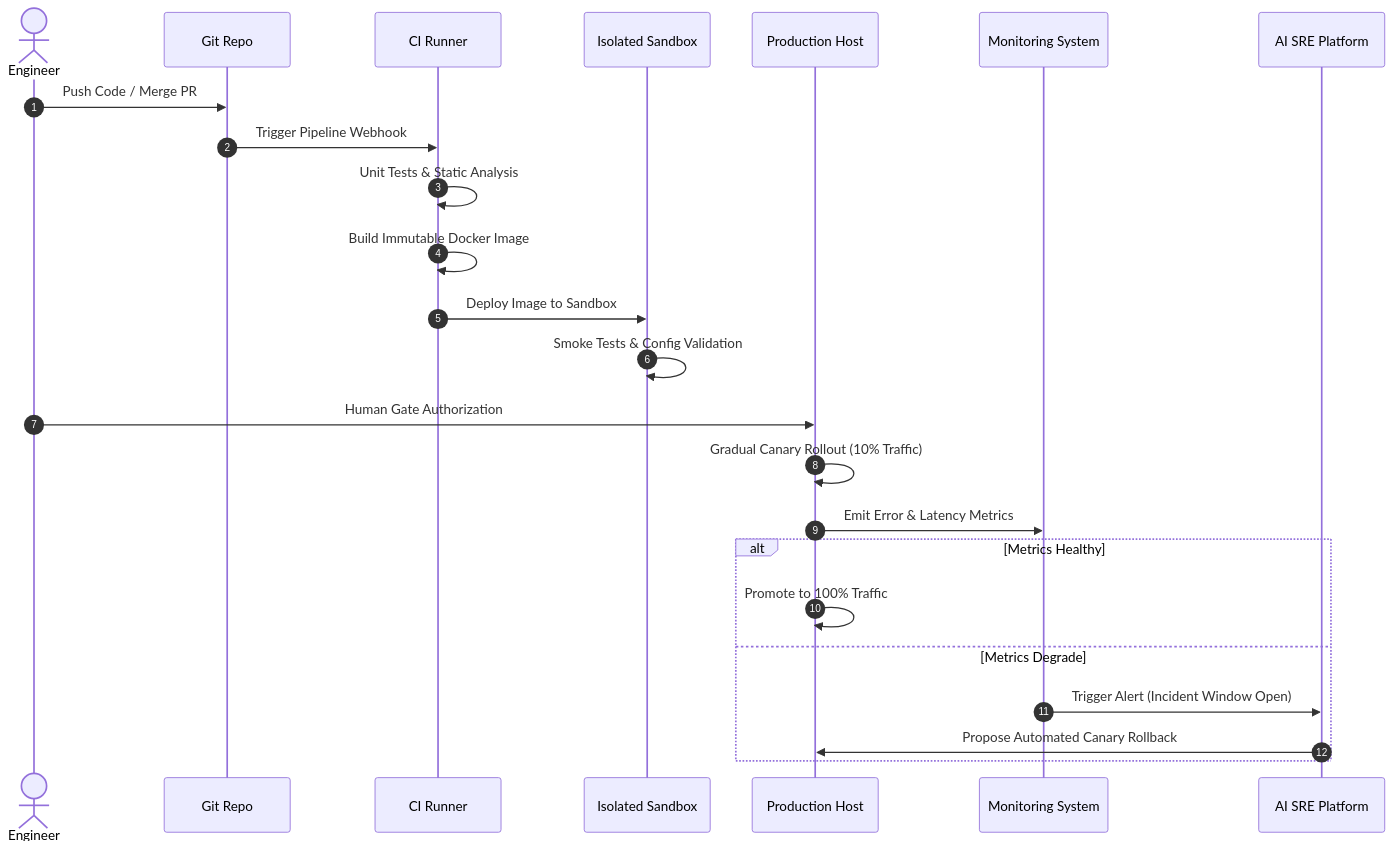
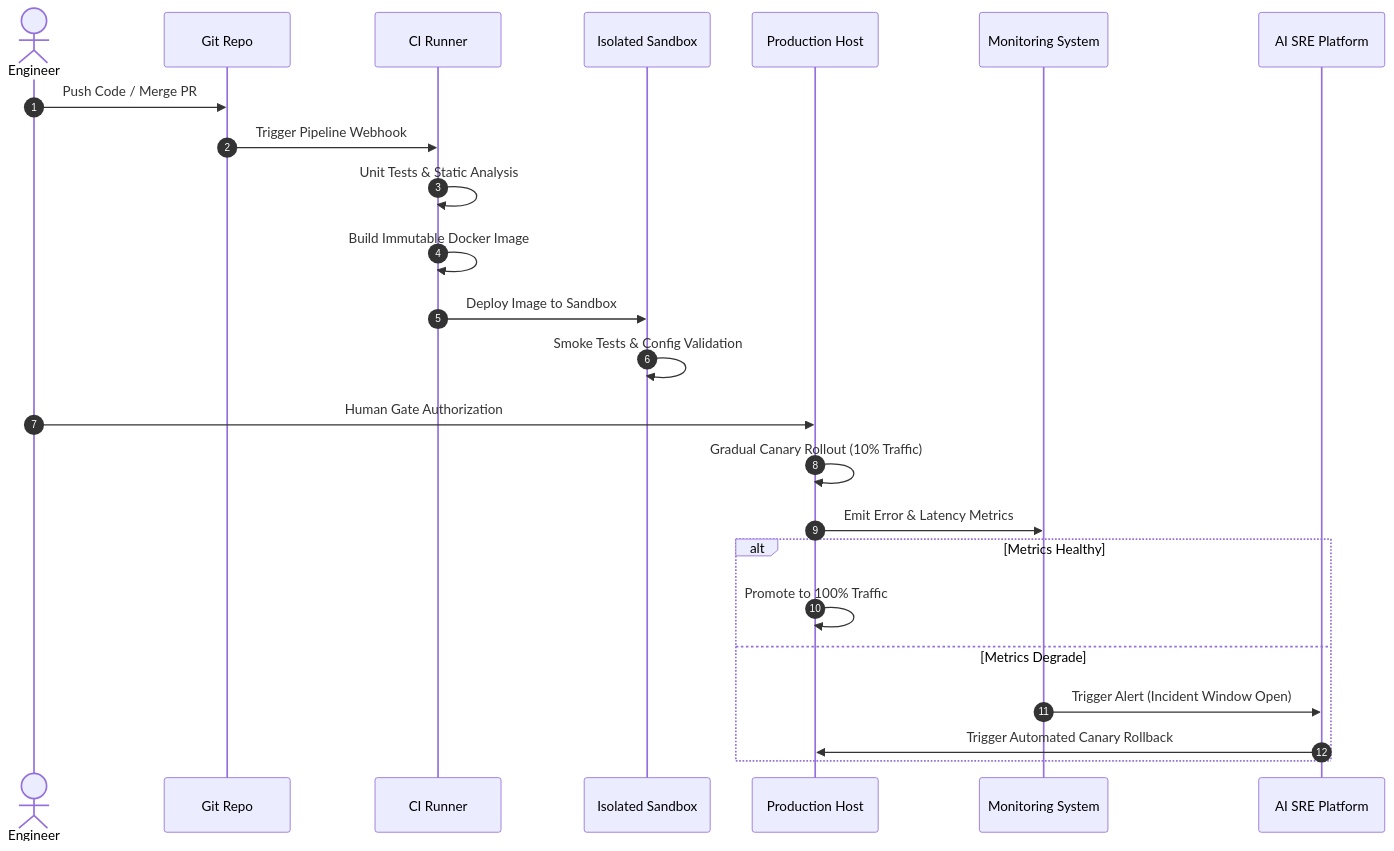
One commit to DiwasDev/AI-SRE changed the fourth of 6 diagrams in artifacts/sre_fundamentals.md. Above: the diagram before and after it, drawn with Mermaid. The commit also changed other lines of this file and 4 other files, not shown here.

````diff
--- a/artifacts/sre_fundamentals.md
+++ b/artifacts/sre_fundamentals.md
@@ -155,27 +155,27 @@
 ```mermaid
 sequenceDiagram
     autonumber
     actor Dev as Engineer
     participant Git as Git Repo
     participant CI as CI Runner
     participant SB as Isolated Sandbox
     participant Prod as Production Host
     participant Mon as Monitoring System
     participant AI as AI SRE Platform
 
     Dev->>Git: Push Code / Merge PR
     Git->>CI: Trigger Pipeline Webhook
     CI->>CI: Unit Tests & Static Analysis
     CI->>CI: Build Immutable Docker Image
     CI->>SB: Deploy Image to Sandbox
     SB->>SB: Smoke Tests & Config Validation
     Dev->>Prod: Human Gate Authorization
     Prod->>Prod: Gradual Canary Rollout (10% Traffic)
     Prod->>Mon: Emit Error & Latency Metrics
     alt Metrics Healthy
         Prod->>Prod: Promote to 100% Traffic
     else Metrics Degrade
         Mon->>AI: Trigger Alert (Incident Window Open)
-        AI->>Prod: Propose Automated Canary Rollback
+        AI->>Prod: Trigger Automated Canary Rollback
     end
 ```
````
